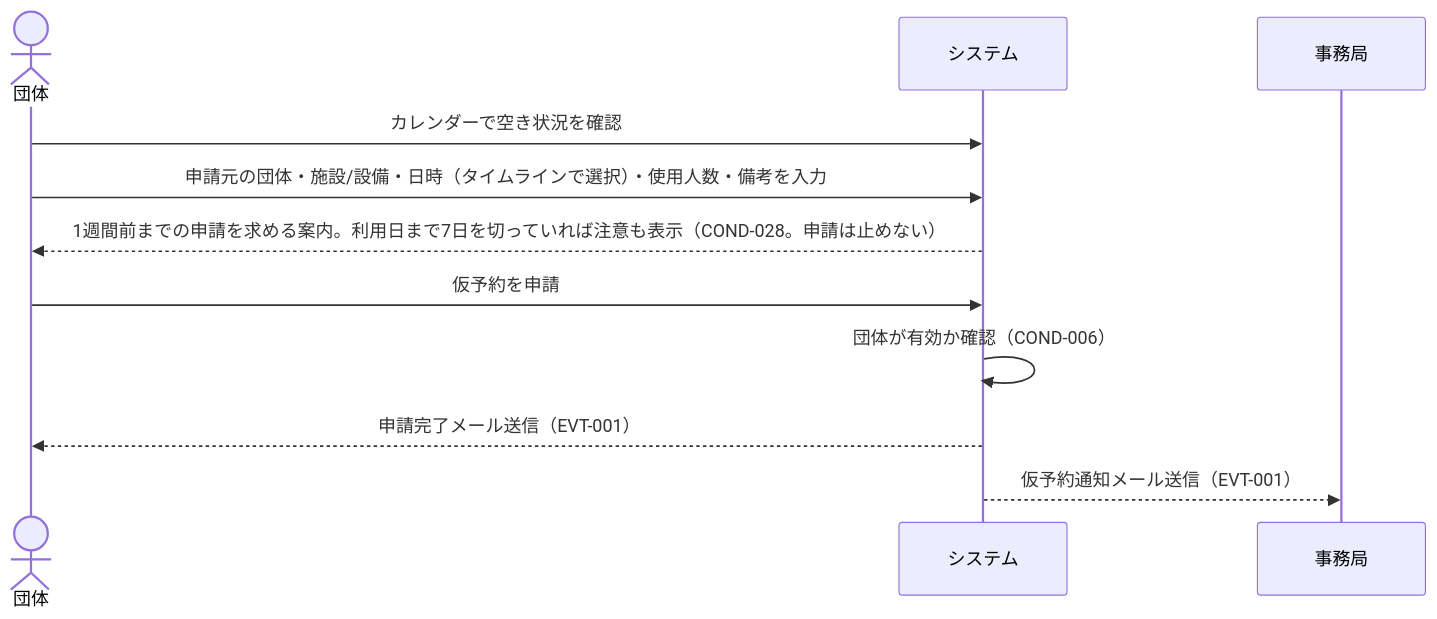
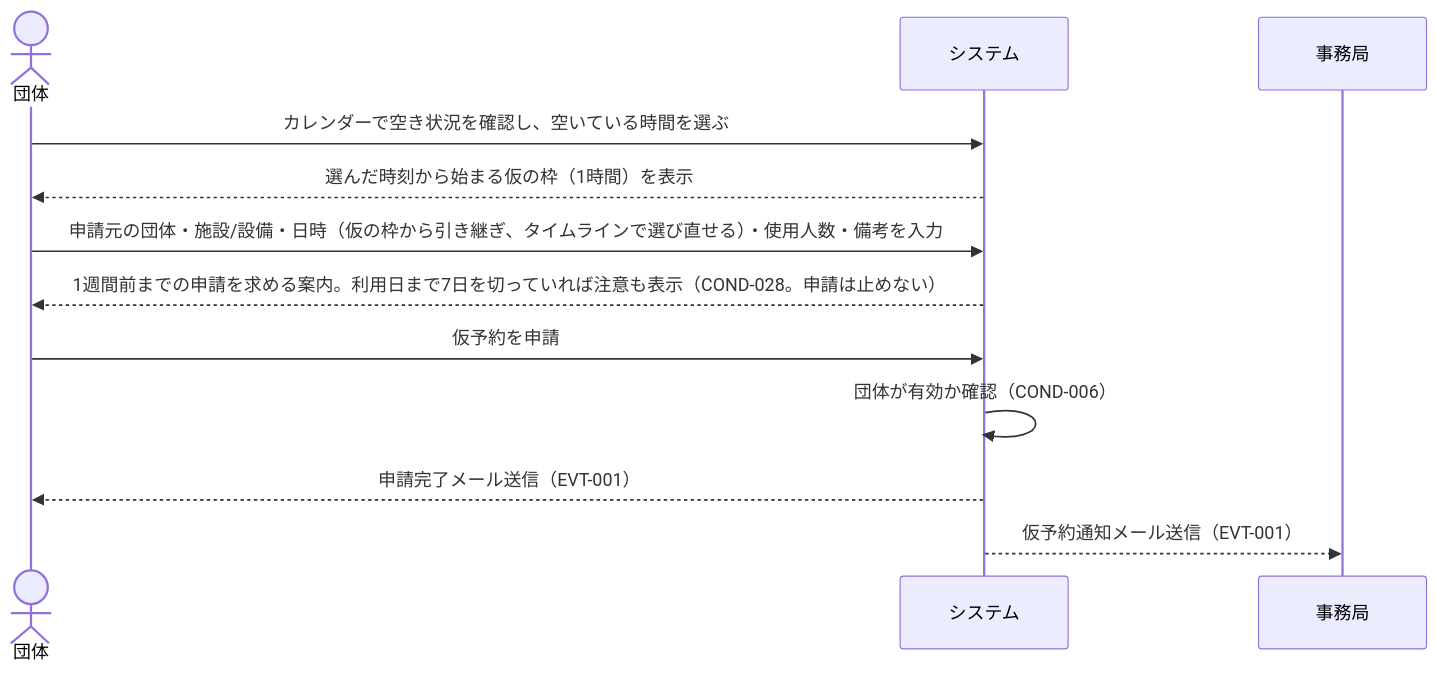
The third of 8 diagrams in rdra/contexts/reservation-application.md (gdsc-osaka/iclub-reserve), drawn with Mermaid before and after one commit. The commit also changed other lines of this file and 3 other files, not shown here.

````diff
--- a/rdra/contexts/reservation-application.md
+++ b/rdra/contexts/reservation-application.md
@@ -270,14 +270,15 @@
 ```mermaid
 sequenceDiagram
     actor 団体
     participant システム
     participant 事務局
 
-    団体->>システム: カレンダーで空き状況を確認
-    団体->>システム: 申請元の団体・施設/設備・日時（タイムラインで選択）・使用人数・備考を入力
+    団体->>システム: カレンダーで空き状況を確認し、空いている時間を選ぶ
+    システム-->>団体: 選んだ時刻から始まる仮の枠（1時間）を表示
+    団体->>システム: 申請元の団体・施設/設備・日時（仮の枠から引き継ぎ、タイムラインで選び直せる）・使用人数・備考を入力
     システム-->>団体: 1週間前までの申請を求める案内。利用日まで7日を切っていれば注意も表示（COND-028。申請は止めない）
     団体->>システム: 仮予約を申請
     システム->>システム: 団体が有効か確認（COND-006）
     システム-->>団体: 申請完了メール送信（EVT-001）
     システム-->>事務局: 仮予約通知メール送信（EVT-001）
 ```
````
